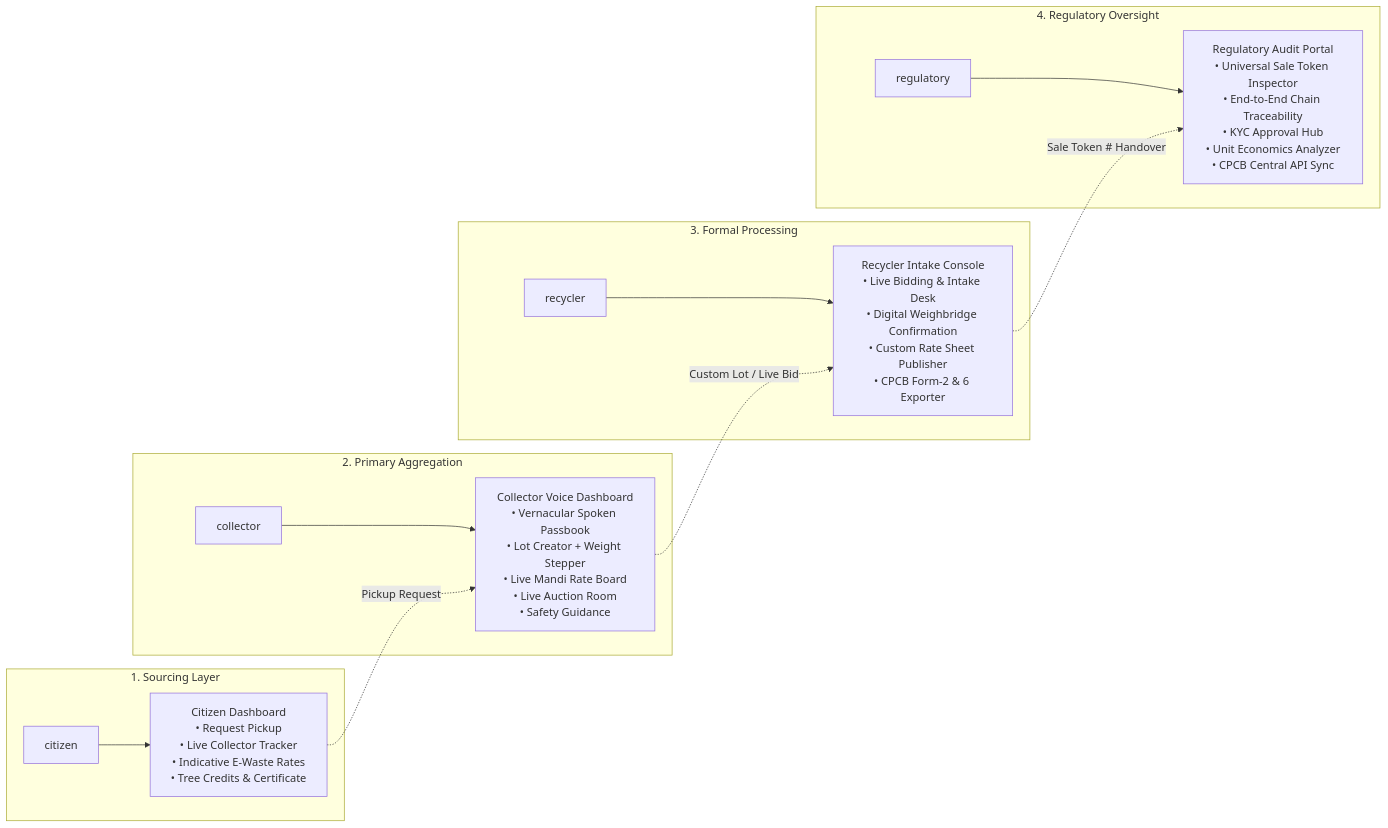
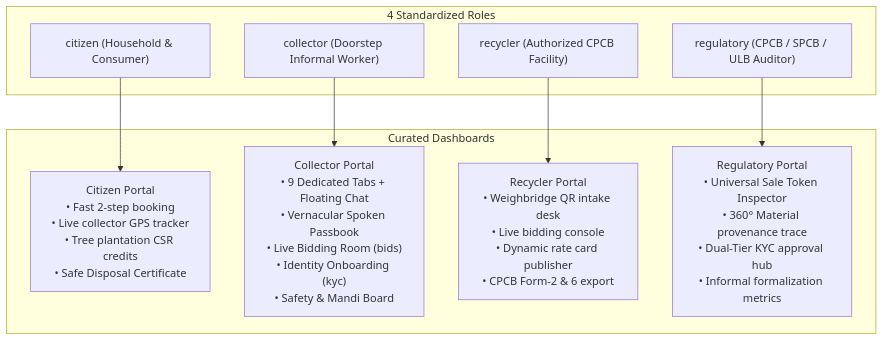
One commit to krishnamry/kabadiwala-connect changed the first of 2 diagrams in FEATURE_DESIGN_AND_PROGRESS.md. Above: the diagram before and after it, drawn with Mermaid. The commit also changed other lines of this file, not shown here.

Commit message:
docs: sync 100% completion status in FEATURE_DESIGN_AND_PROGRESS.md

````diff
--- a/FEATURE_DESIGN_AND_PROGRESS.md
+++ b/FEATURE_DESIGN_AND_PROGRESS.md
@@ -65,30 +31,21 @@
 ```mermaid
-flowchart LR
-    subgraph Sourcing ["1. Sourcing Layer"]
-        C["citizen"]
-        C_Dash["Citizen Dashboard\n• Request Pickup\n• Live Collector Tracker\n• Indicative E-Waste Rates\n• Tree Credits & Certificate"]
-        C --> C_Dash
+flowchart TD
+    subgraph Roles ["4 Standardized Roles"]
+        R1["citizen (Household & Consumer)"]
+        R2["collector (Doorstep Informal Worker)"]
+        R3["recycler (Authorized CPCB Facility)"]
+        R4["regulatory (CPCB / SPCB / ULB Auditor)"]
     end
 
-    subgraph Aggregation ["2. Primary Aggregation"]
-        K["collector"]
-        K_Dash["Collector Voice Dashboard\n• Vernacular Spoken Passbook\n• Lot Creator + Weight Stepper\n• Live Mandi Rate Board\n• Live Auction Room\n• Safety Guidance"]
-        K --> K_Dash
+    subgraph Dashboards ["Curated Dashboards"]
+        D1["Citizen Portal\n• Fast 2-step booking\n• Live collector GPS tracker\n• Tree plantation CSR credits\n• Safe Disposal Certificate"]
+        D2["Collector Portal\n• 9 Dedicated Tabs + Floating Chat\n• Vernacular Spoken Passbook\n• Live Bidding Room (bids)\n• Identity Onboarding (kyc)\n• Safety & Mandi Board"]
+        D3["Recycler Portal\n• Weighbridge QR intake desk\n• Live bidding console\n• Dynamic rate card publisher\n• CPCB Form-2 & 6 export"]
+        D4["Regulatory Portal\n• Universal Sale Token Inspector\n• 360° Material provenance trace\n• Dual-Tier KYC approval hub\n• Informal formalization metrics"]
     end
 
-    subgraph Processing ["3. Formal Processing"]
-        R["recycler"]
-        R_Dash["Recycler Intake Console\n• Live Bidding & Intake Desk\n• Digital Weighbridge Confirmation\n• Custom Rate Sheet Publisher\n• CPCB Form-2 & 6 Exporter"]
-        R --> R_Dash
-    end
-
-    subgraph Governance ["4. Regulatory Oversight"]
-        A["regulatory"]
-        A_Dash["Regulatory Audit Portal\n• Universal Sale Token Inspector\n• End-to-End Chain Traceability\n• KYC Approval Hub\n• Unit Economics Analyzer\n• CPCB Central API Sync"]
-        A --> A_Dash
-    end
-
-    C_Dash -.->|Pickup Request| K_Dash
-    K_Dash -.->|Custom Lot / Live Bid| R_Dash
-    R_Dash -.->|Sale Token # Handover| A_Dash
+    R1 --> D1
+    R2 --> D2
+    R3 --> D3
+    R4 --> D4
 ```
````
